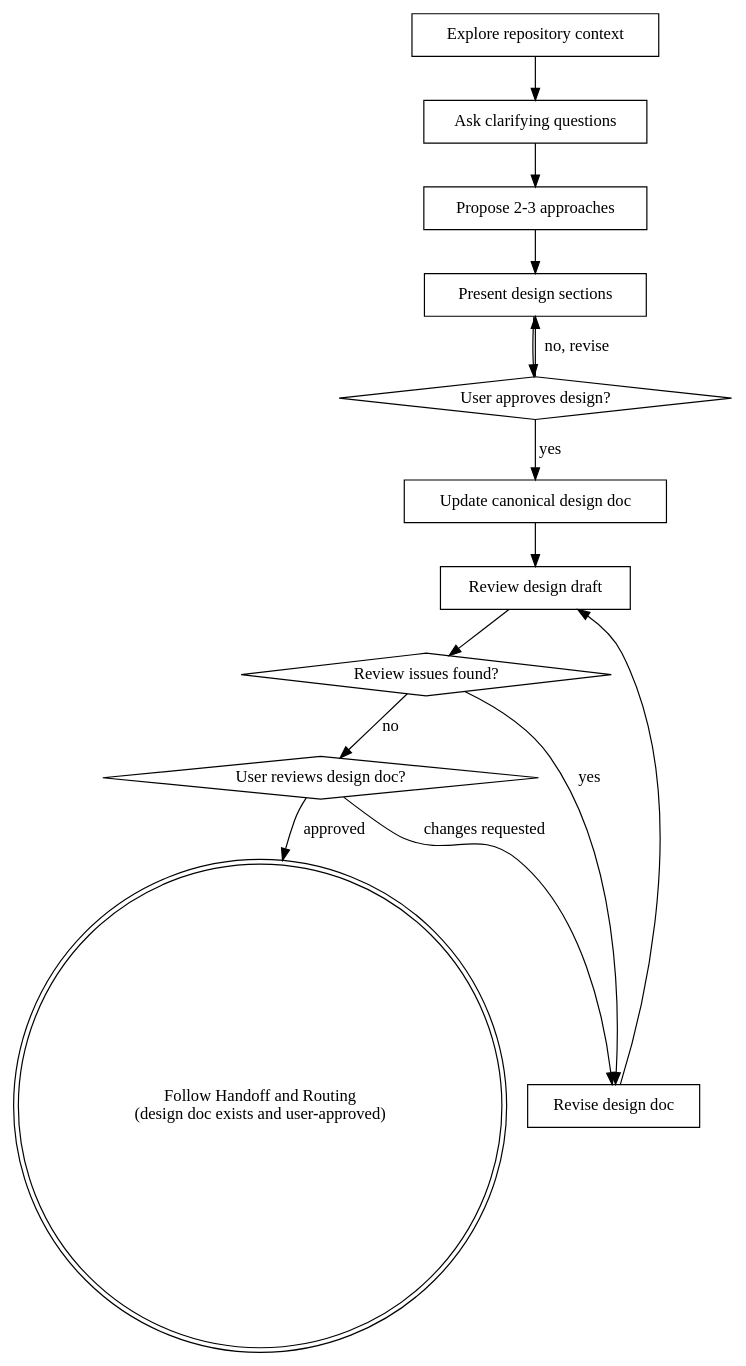
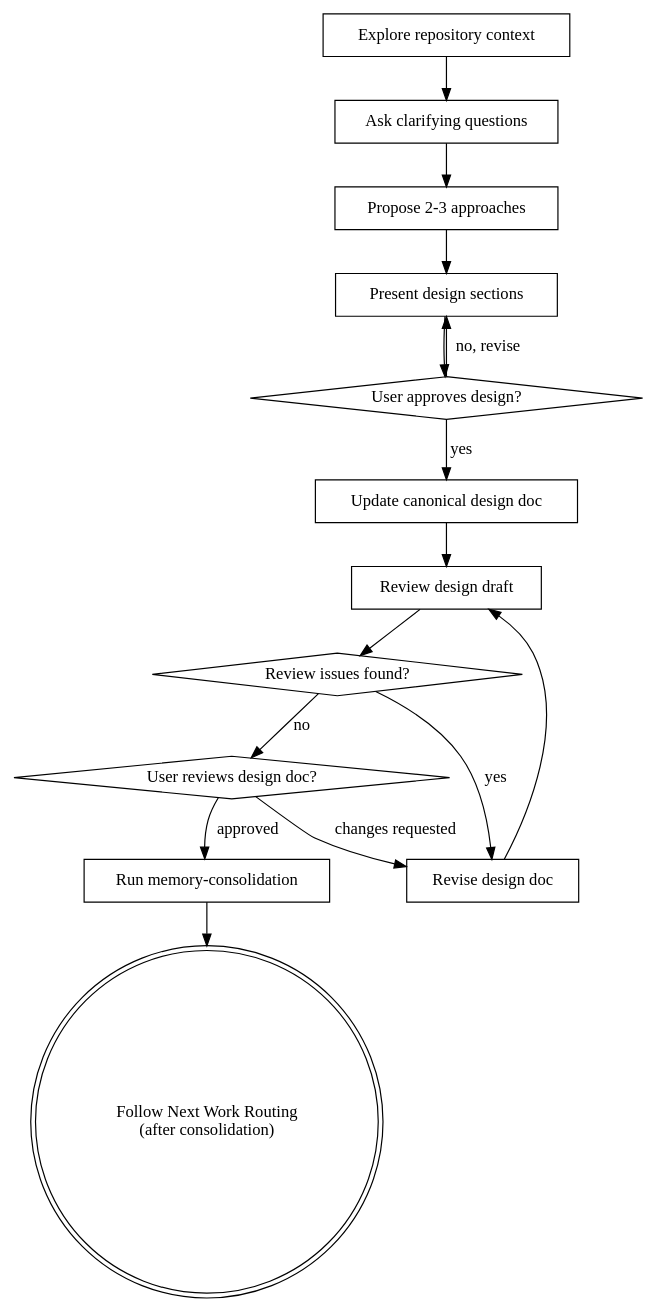
The diagram in skills/brainstorming/SKILL.md (gyf1214/ya-superpowers), drawn with Graphviz before and after one commit. The commit also changed other lines of this file and 2 other files, not shown here.

Commit message:
refine next-work handoff and consolidation timing

````diff
--- a/skills/brainstorming/SKILL.md
+++ b/skills/brainstorming/SKILL.md
@@ -40,29 +41,31 @@
 ```dot
 digraph brainstorming {
     "Explore repository context" [shape=box];
     "Ask clarifying questions" [shape=box];
     "Propose 2-3 approaches" [shape=box];
     "Present design sections" [shape=box];
     "User approves design?" [shape=diamond];
     "Update canonical design doc" [shape=box];
     "Review design draft" [shape=box];
     "Review issues found?" [shape=diamond];
     "Revise design doc" [shape=box];
     "User reviews design doc?" [shape=diamond];
-    "Follow Handoff and Routing\n(design doc exists and user-approved)" [shape=doublecircle];
+    "Run memory-consolidation" [shape=box];
+    "Follow Next Work Routing\n(after consolidation)" [shape=doublecircle];
 
     "Explore repository context" -> "Ask clarifying questions";
     "Ask clarifying questions" -> "Propose 2-3 approaches";
     "Propose 2-3 approaches" -> "Present design sections";
     "Present design sections" -> "User approves design?";
     "User approves design?" -> "Present design sections" [label="no, revise"];
     "User approves design?" -> "Update canonical design doc" [label="yes"];
     "Update canonical design doc" -> "Review design draft";
     "Review design draft" -> "Review issues found?";
     "Review issues found?" -> "Revise design doc" [label="yes"];
     "Revise design doc" -> "Review design draft";
     "Review issues found?" -> "User reviews design doc?" [label="no"];
     "User reviews design doc?" -> "Revise design doc" [label="changes requested"];
-    "User reviews design doc?" -> "Follow Handoff and Routing\n(design doc exists and user-approved)" [label="approved"];
+    "User reviews design doc?" -> "Run memory-consolidation" [label="approved"];
+    "Run memory-consolidation" -> "Follow Next Work Routing\n(after consolidation)";
 }
 ```
````
